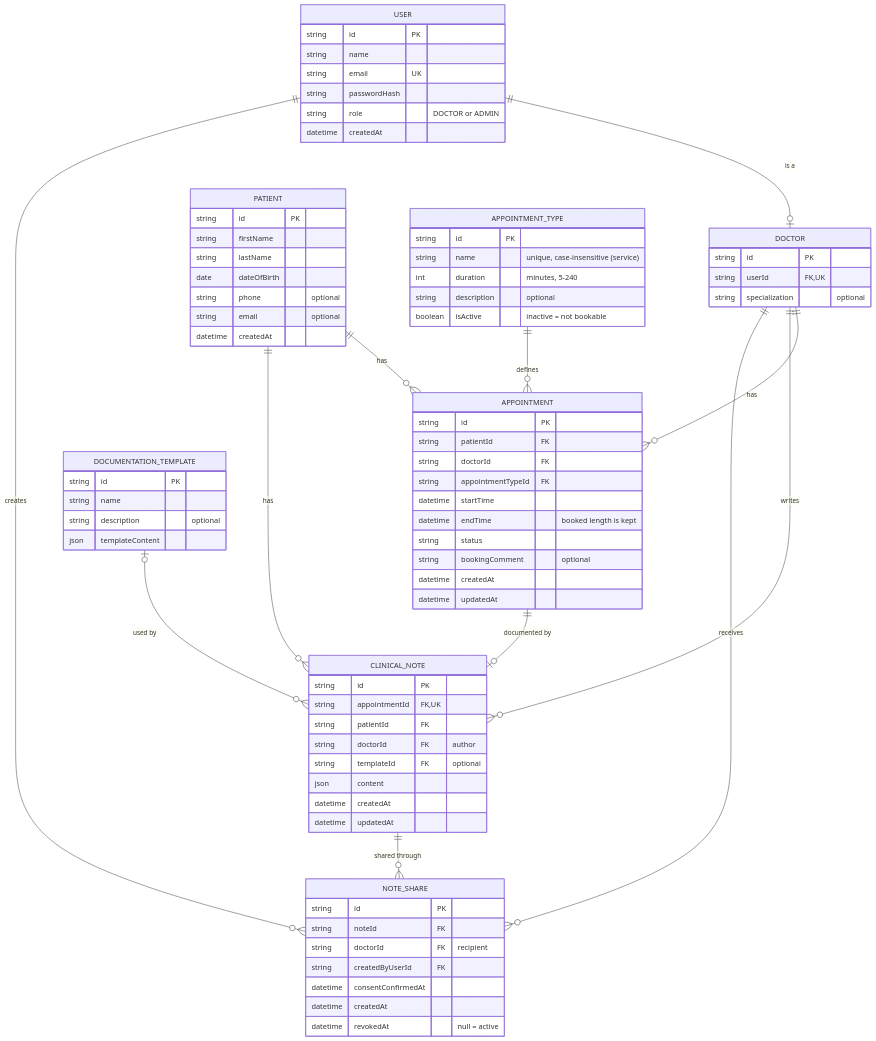
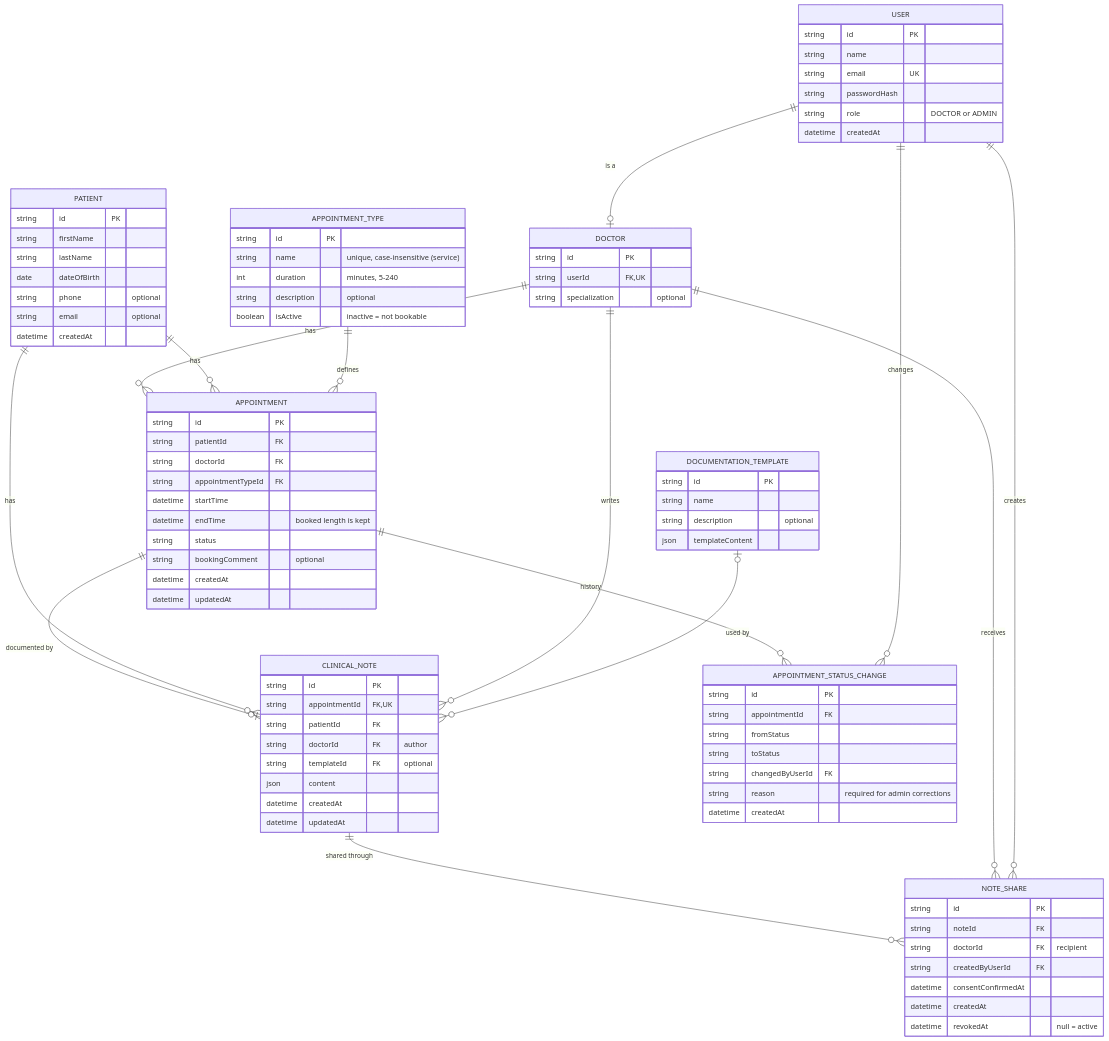
One commit to MohYab/Puls changed the diagram in docs/er-diagram.md. Above: the diagram before and after it, drawn with Mermaid. The commit also changed other lines of this file and 14 other files, not shown here.

Commit message:
feat: appointment status in the UI, admin corrections; docs and decision #43 (plan #6, #7)

````diff
--- a/docs/er-diagram.md
+++ b/docs/er-diagram.md
@@ -15,6 +15,8 @@
     CLINICAL_NOTE ||--o{ NOTE_SHARE : "shared through"
     DOCTOR ||--o{ NOTE_SHARE : "receives"
     USER ||--o{ NOTE_SHARE : "creates"
+    APPOINTMENT ||--o{ APPOINTMENT_STATUS_CHANGE : "history"
+    USER ||--o{ APPOINTMENT_STATUS_CHANGE : "changes"
 
     USER {
         string id PK
@@ -89,4 +91,13 @@
         datetime createdAt
         datetime revokedAt "null = active"
     }
+        APPOINTMENT_STATUS_CHANGE {
+        string id PK
+        string appointmentId FK
+        string fromStatus
+        string toStatus
+        string changedByUserId FK
+        string reason "required for admin corrections"
+        datetime createdAt
+    }
 ```
````
